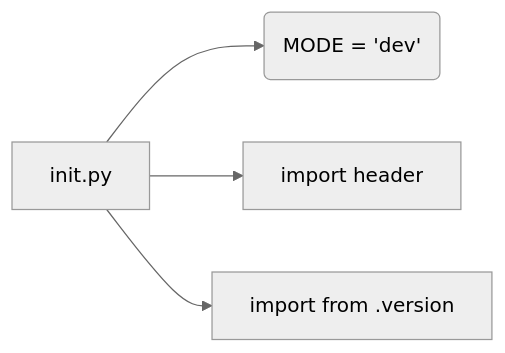
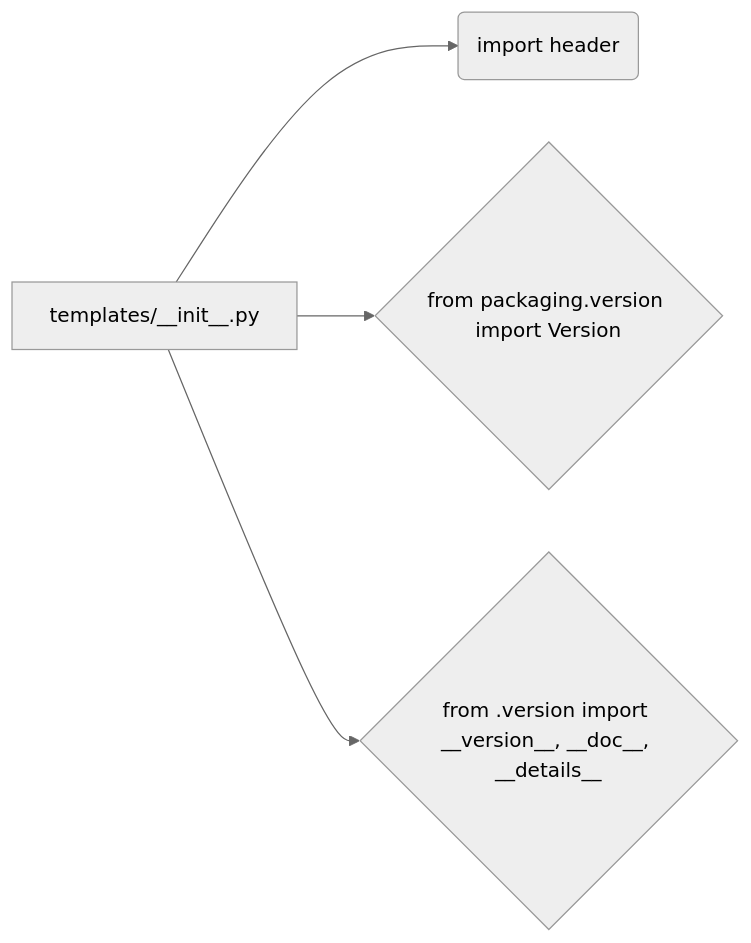
Before and after one commit to hypo69/hypo: the diagram in docs/gemini/ru/explainer/src/templates/__init__.md, drawn with Mermaid (neutral theme). The commit also changed other lines of this file and 877 other files, not shown here.

````diff
--- a/docs/gemini/ru/explainer/src/templates/__init__.md
+++ b/docs/gemini/ru/explainer/src/templates/__init__.md
@@ -71,6 +59,6 @@
 ```mermaid
 graph LR
-    A[init.py] --> B(MODE = 'dev');
-    A --> C[import header];
-    A --> D[import from .version];
+    A[templates/__init__.py] --> B(import header);
+    A --> C{from packaging.version import Version};
+    A --> D{from .version import __version__, __doc__, __details__};
 ```
````
